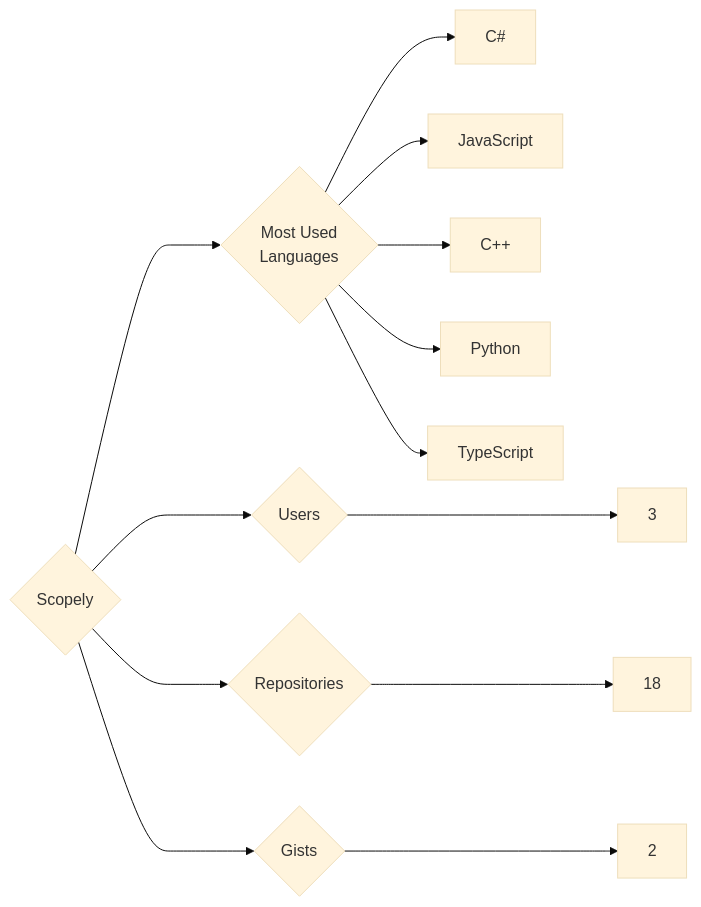
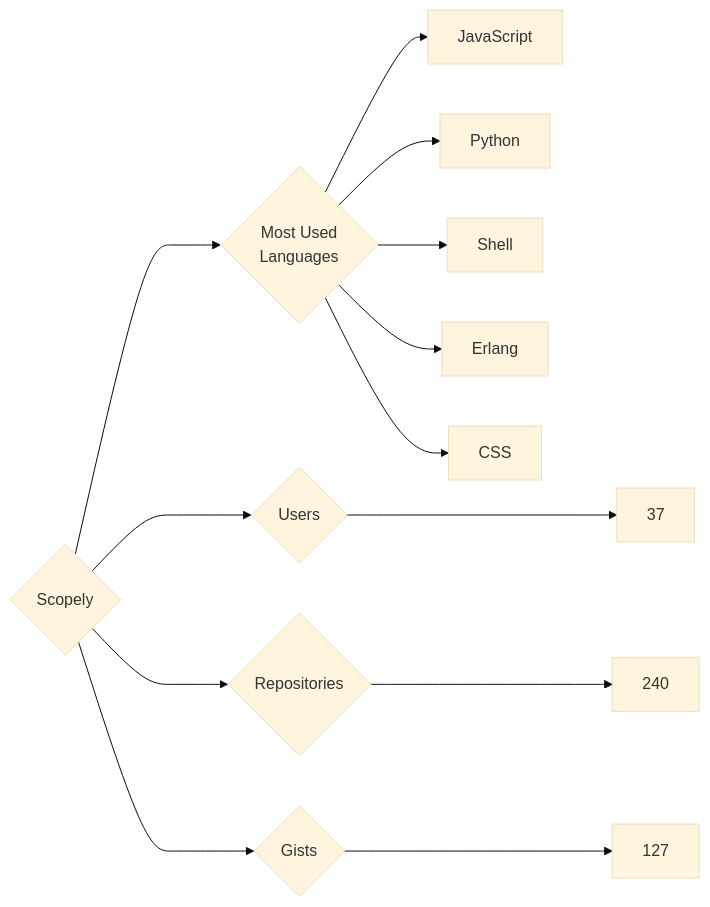
The diagram in targets/Scopely/README.md (trickest/insiders), drawn with Mermaid (base theme) before and after one commit. The commit also changed 796 other files, not shown here.

````diff
--- a/targets/Scopely/README.md
+++ b/targets/Scopely/README.md
@@ -3,13 +3,13 @@
 ```mermaid
 graph LR
 COMPANY_NAME{Scopely}
-COMPANY_NAME ---> U{Users} ---> UN[3]
-COMPANY_NAME ---> R{Repositories} ---> RN[18]
-COMPANY_NAME ---> G{Gists} ---> GN[2]
+COMPANY_NAME ---> U{Users} ---> UN[37]
+COMPANY_NAME ---> R{Repositories} ---> RN[240]
+COMPANY_NAME ---> G{Gists} ---> GN[127]
 COMPANY_NAME ---> ML{Most Used<br>Languages}
-ML --> C#[C#]
 ML --> JavaScript[JavaScript]
-ML --> C++[C++]
 ML --> Python[Python]
-ML --> TypeScript[TypeScript]
+ML --> Shell[Shell]
+ML --> Erlang[Erlang]
+ML --> CSS[CSS]
 ```
````
